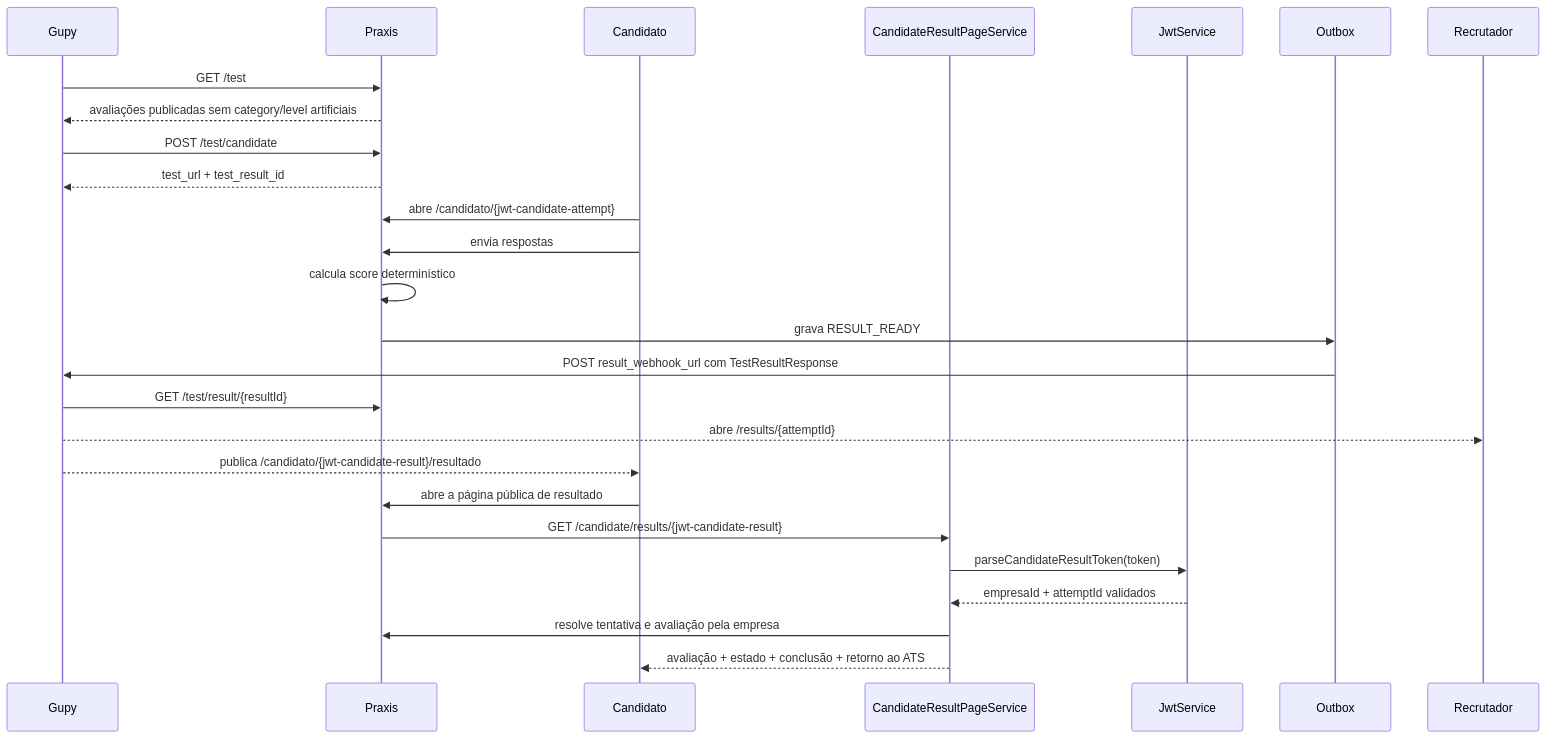
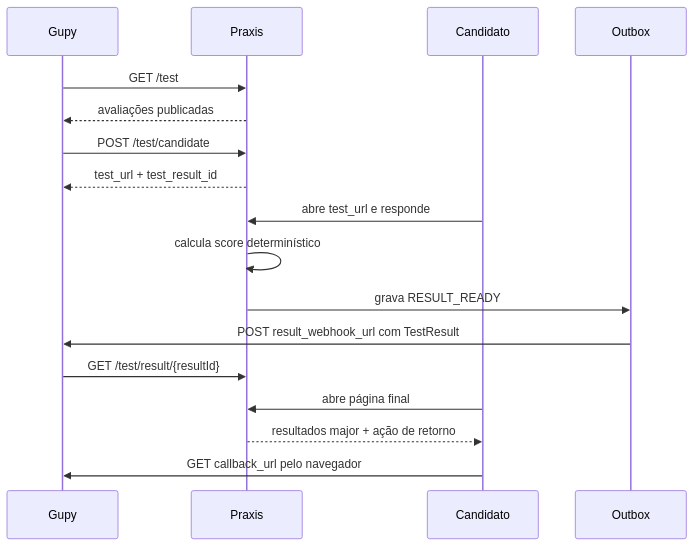
Before and after one commit to diogo2806/praxis: the diagram in docs/INTEGRACAO-GUPY-PROVEDOR.md, drawn with Mermaid. The commit also changed other lines of this file, not shown here.

Commit message:
docs: alinhar contrato Gupy ao comportamento atual

````diff
--- a/docs/INTEGRACAO-GUPY-PROVEDOR.md
+++ b/docs/INTEGRACAO-GUPY-PROVEDOR.md
@@ -241,28 +219,20 @@
 ```mermaid
 sequenceDiagram
   participant Gupy
   participant Praxis
   participant Candidato
-  participant Resultado as CandidateResultPageService
-  participant JWT as JwtService
   participant Outbox
 
   Gupy->>Praxis: GET /test
-  Praxis-->>Gupy: avaliações publicadas sem category/level artificiais
+  Praxis-->>Gupy: avaliações publicadas
   Gupy->>Praxis: POST /test/candidate
   Praxis-->>Gupy: test_url + test_result_id
-  Candidato->>Praxis: abre /candidato/{jwt-candidate-attempt}
-  Candidato->>Praxis: envia respostas
+  Candidato->>Praxis: abre test_url e responde
   Praxis->>Praxis: calcula score determinístico
   Praxis->>Outbox: grava RESULT_READY
-  Outbox->>Gupy: POST result_webhook_url com TestResultResponse
+  Outbox->>Gupy: POST result_webhook_url com TestResult
   Gupy->>Praxis: GET /test/result/{resultId}
-  Gupy-->>Recrutador: abre /results/{attemptId}
-  Gupy-->>Candidato: publica /candidato/{jwt-candidate-result}/resultado
-  Candidato->>Praxis: abre a página pública de resultado
-  Praxis->>Resultado: GET /candidate/results/{jwt-candidate-result}
-  Resultado->>JWT: parseCandidateResultToken(token)
-  JWT-->>Resultado: empresaId + attemptId validados
-  Resultado->>Praxis: resolve tentativa e avaliação pela empresa
-  Resultado-->>Candidato: avaliação + estado + conclusão + retorno ao ATS
+  Candidato->>Praxis: abre página final
+  Praxis-->>Candidato: resultados major + ação de retorno
+  Candidato->>Gupy: GET callback_url pelo navegador
 ```
````
